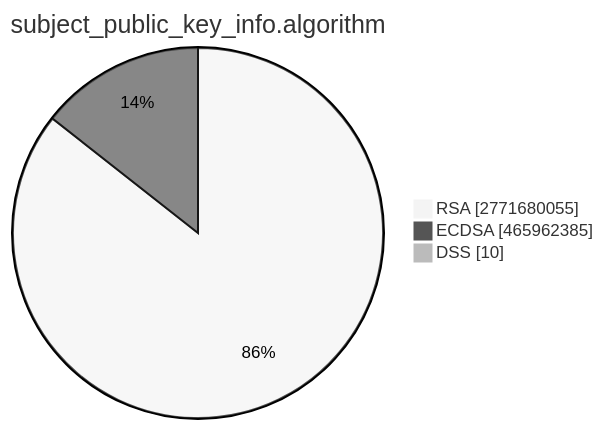
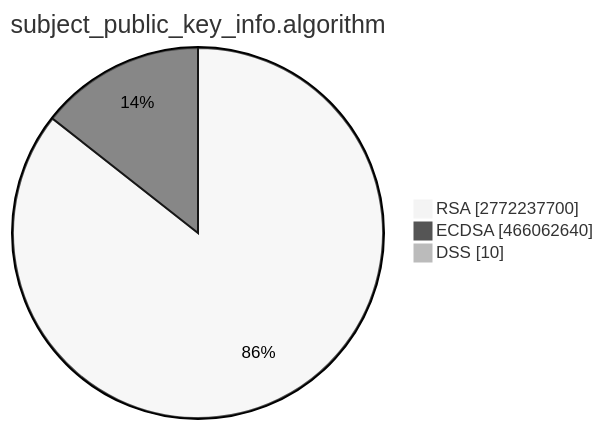
One commit to christiankrug/ctmonitor_visualization changed the second of 15 diagrams in TOTAL/README.md. Above: the diagram before and after it, drawn with Mermaid (neutral theme). The commit also changed other lines of this file, not shown here.

````diff
--- a/TOTAL/README.md
+++ b/TOTAL/README.md
@@ -6,7 +6,7 @@
 ```mermaid
 pie showData
 title subject_public_key_info.algorithm
-"RSA" :2771680055
-"ECDSA" :465962385
+"RSA" :2772237700
+"ECDSA" :466062640
 "DSS" :10
 ```
````
